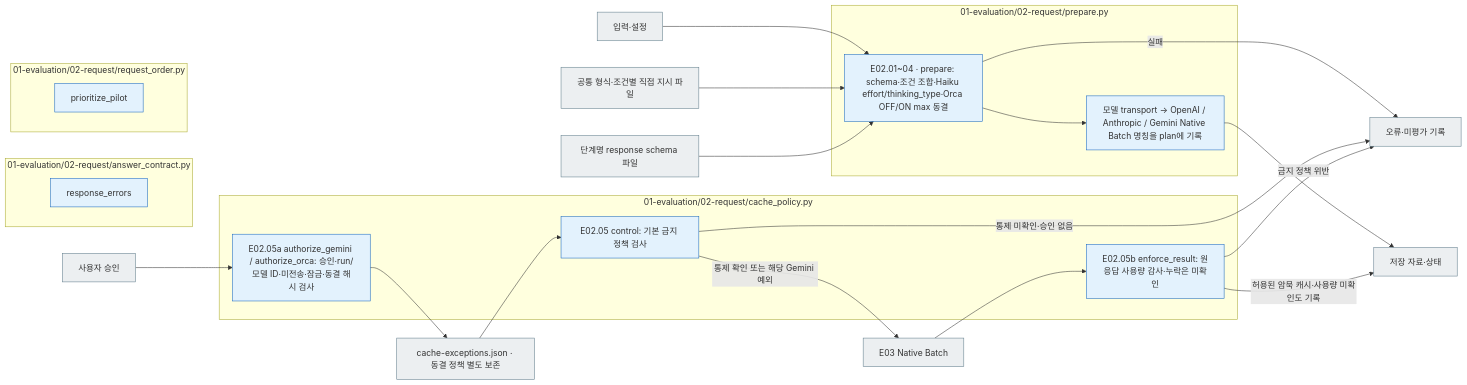
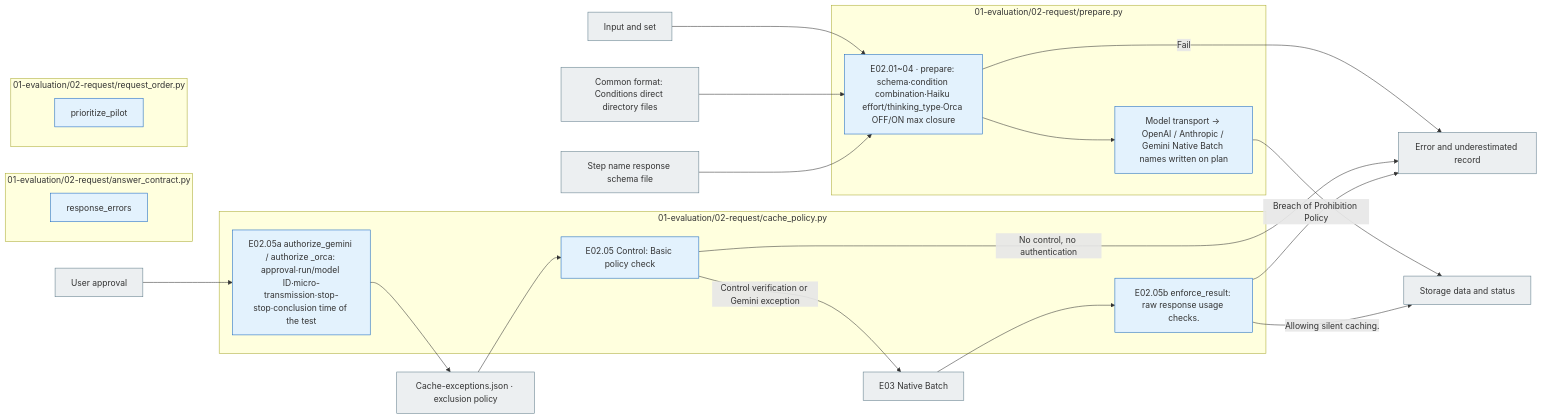
The diagram in src/finarch/experiments/01-evaluation/02-request/README.md (pnu-clink/finject), drawn with Mermaid before and after one commit. The commit also changed other lines of this file and 644 other files, not shown here.

````diff
--- a/src/finarch/experiments/01-evaluation/02-request/README.md
+++ b/src/finarch/experiments/01-evaluation/02-request/README.md
@@ -30,35 +30,35 @@
 ```mermaid
 flowchart LR
- IN["입력·설정"]
- P["공통 형식·조건별 직접 지시 파일"]
- S["단계명 response schema 파일"]
+ IN["Input and set"]
+ P["Common format: Conditions direct directory files"]
+ S["Step name response schema file"]
  subgraph F0["01-evaluation/02-request/prepare.py"]
-  N0["E02.01~04 · prepare: schema·조건 조합·Haiku effort/thinking_type·Orca OFF/ON max 동결"]
-  NB["모델 transport → OpenAI / Anthropic / Gemini Native Batch 명칭을 plan에 기록"]
+  N0["E02.01~04 · prepare: schema·condition combination·Haiku effort/thinking_type·Orca OFF/ON max closure"]
+  NB["Model transport → OpenAI / Anthropic / Gemini Native Batch names written on plan"]
  end
  subgraph F1["01-evaluation/02-request/answer_contract.py"]
   N1["response_errors"]
  end
  subgraph F2["01-evaluation/02-request/cache_policy.py"]
-  N2["E02.05 control: 기본 금지 정책 검사"]
-  NA["E02.05a authorize_gemini / authorize_orca: 승인·run/모델 ID·미전송·잠금·동결 해시 검사"]
-  NU["E02.05b enforce_result: 원응답 사용량 감사·누락은 미확인"]
+  N2["E02.05 Control: Basic policy check"]
+  NA["E02.05a authorize_gemini / authorize _orca: approval·run/model ID·micro-transmission·stop-stop·conclusion time of the test"]
+  NU["E02.05b enforce_result: raw response usage checks."]
  end
  subgraph F3["01-evaluation/02-request/request_order.py"]
   N3["prioritize_pilot"]
  end
  IN --> N0
  P --> N0
  S --> N0
- N0 --> NB --> OUT["저장 자료·상태"]
- N0 -->|실패| ERR["오류·미평가 기록"]
- AUTH["사용자 승인"] --> NA --> EX["cache-exceptions.json · 동결 정책 별도 보존"] --> N2
- N2 -->|통제 확인 또는 해당 Gemini 예외| SEND["E03 Native Batch"] --> NU
- N2 -->|통제 미확인·승인 없음| ERR
- NU -->|금지 정책 위반| ERR
- NU -->|허용된 암묵 캐시·사용량 미확인도 기록| OUT
+ N0 --> NB --> OUT["Storage data and status"]
+ N0 -->|Fail| ERR["Error and underestimated record"]
+ AUTH["User approval"] --> NA --> EX["Cache-exceptions.json · exclusion policy"] --> N2
+ N2 -->|Control verification or Gemini exception| SEND["E03 Native Batch"] --> NU
+ N2 -->|No control, no authentication| ERR
+ NU -->|Breach of Prohibition Policy| ERR
+ NU -->|Allowing silent caching.| OUT
  classDef python fill:#e3f2fd,stroke:#1565c0;
  classDef file fill:#eceff1,stroke:#607d8b;
  class N0,NB,N1,N2,N3,NA,NU python;
  class IN,P,S,OUT,ERR,AUTH,EX,SEND file;
 ```
````
